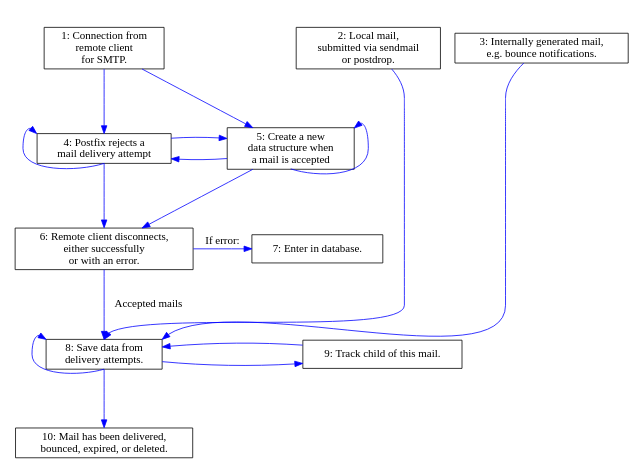
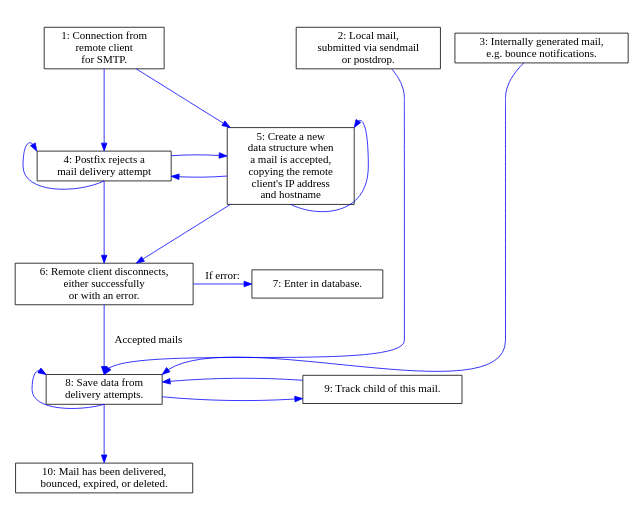
Before and after one commit to tobinjt/ASO: the diagram in doc/logparser-flow-chart-part-1.dot, drawn with Graphviz. The commit also changed 1 other file, not shown here.

Commit message:
An improvement to the flow chart and accompanying text, showing which data is copied to the new data structure when a mail is accepted.

```diff
--- a/doc/logparser-flow-chart-part-1.dot
+++ b/doc/logparser-flow-chart-part-1.dot
@@ -1,101 +1,101 @@
 /* vim: set textwidth=160 : */
 /* $Id$ */
 
 digraph logparser {
     graph [
         /* This seems to be width, height - but they interact strangely, so 
          * I'm never sure.
          */
         size = "5.4, 8.4"
         margin = "0"
         center = true
     ]
     node [
         shape = box
     ]
     edge [
         color = blue
         fontcolor = black
         minlen = 2
     ]
 
     /* EDGES */
     /* Connect from client */
     connect                         -> { rejection } [weight = 5]
     rejection                       -> { rejection } [dir = back, headport = s, tailport = nw]
     rejection                       -> { disconnect } [weight = 5]
     connect                         -> { clone }
     clone                           -> { clone } [dir = back, headport = s, tailport = ne]
     clone                           -> { disconnect }
     clone                           -> { rejection }
     rejection                       -> { clone }
 
     /* Disconnect without queueid */
     disconnect                      -> { fixup_enter_in_db_disconnect } [weight = 5, label = "If error:" ]
 
     /* Disconnect with queueid */
     disconnect                      -> { save_by_queueid } [weight = 5, label = " Accepted mails" ]
 
     /* Misc entry */
     qmgr_chooses_mail               -> { save_by_queueid } [headport = ne]
     pickup                          -> { save_by_queueid } [headport = n]
     /* Graph placement */
     connect                         -> { qmgr_chooses_mail } [style = invis, weight = 0]
     connect                         -> { pickup } [style = invis, weight = 0]
 
     /* Save results by queueid */
     save_by_queueid                 -> { track } [minlen = 5]
     track                           -> { save_by_queueid }
     save_by_queueid                 -> { save_by_queueid } [dir = back, headport = s, tailport = nw]
     save_by_queueid                 -> { commit } [weight = 10]
 
     /* NODE LABELS */
     rejection                       [label = "4: Postfix rejects a\nmail delivery attempt"]
     connect                         [label = "1: Connection from\nremote client\nfor SMTP."]
-    clone                           [label = "5: Create a new\ndata structure when\na mail is accepted"]
+    clone                           [label = "5: Create a new\ndata structure when\na mail is accepted,\ncopying the remote\nclient's IP address\nand hostname"]
 
     /* Disconnect without queueid */
     disconnect                      [label = "6: Remote client disconnects,\neither successfully\nor with an error."]
     fixup_enter_in_db_disconnect    [label = "7: Enter in database."]
 
     /* Disconnect with queueid - already covered */
 
     /* Misc entry */
     pickup                          [label = "2: Local mail,\nsubmitted via sendmail\nor postdrop."]
     qmgr_chooses_mail               [label = "3: Internally generated mail,\ne.g. bounce notifications."]
 
     /* Save results by queueid */
     save_by_queueid                 [label = "8: Save data from\ndelivery attempts."]
     track                           [label = "9: Track child of this mail."]
 
     /* Commit is complicated */
     /* Neither parent nor child. */
     commit                          [label = "10: Mail has been delivered,\nbounced, expired, or deleted."]
 
     /* SUB-GRAPHS */
     subgraph sources {
         rank = source
         pickup
         qmgr_chooses_mail
         connect
     }
 
     subgraph clone_or_save {
         rank = same
         clone
         rejection
     }
 
     subgraph disconnect_without_queueid {
         rank = same
         disconnect
         fixup_enter_in_db_disconnect
     }
 
     subgraph save_or_track {
         rank = same
         track
         save_by_queueid
     }
 
 }
```
